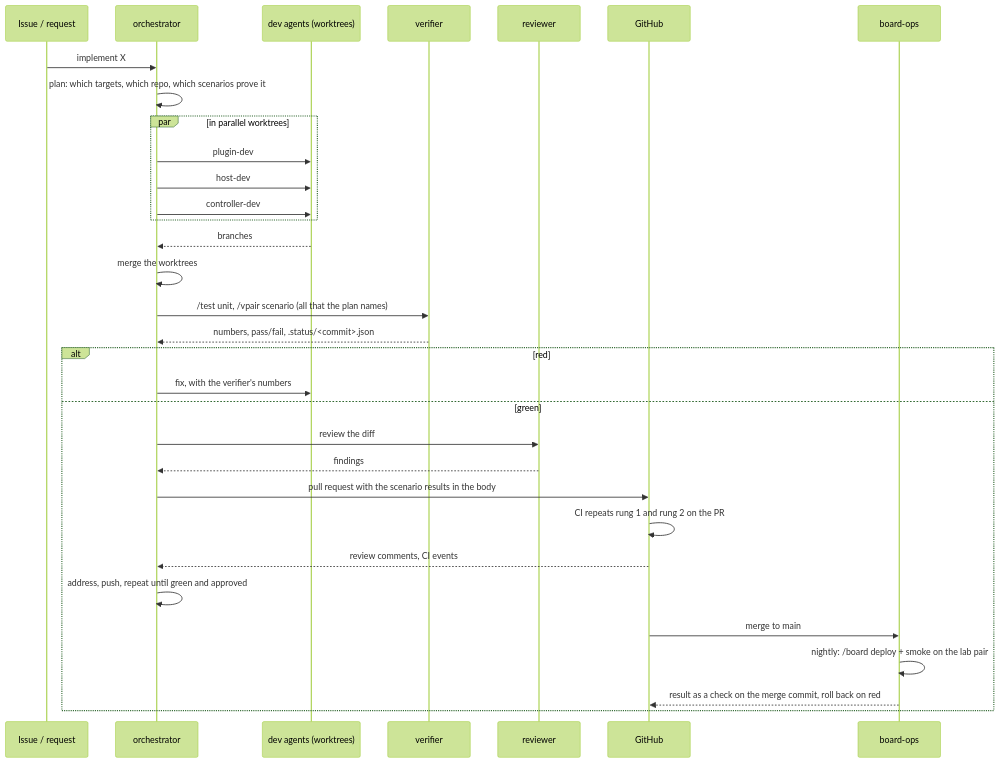
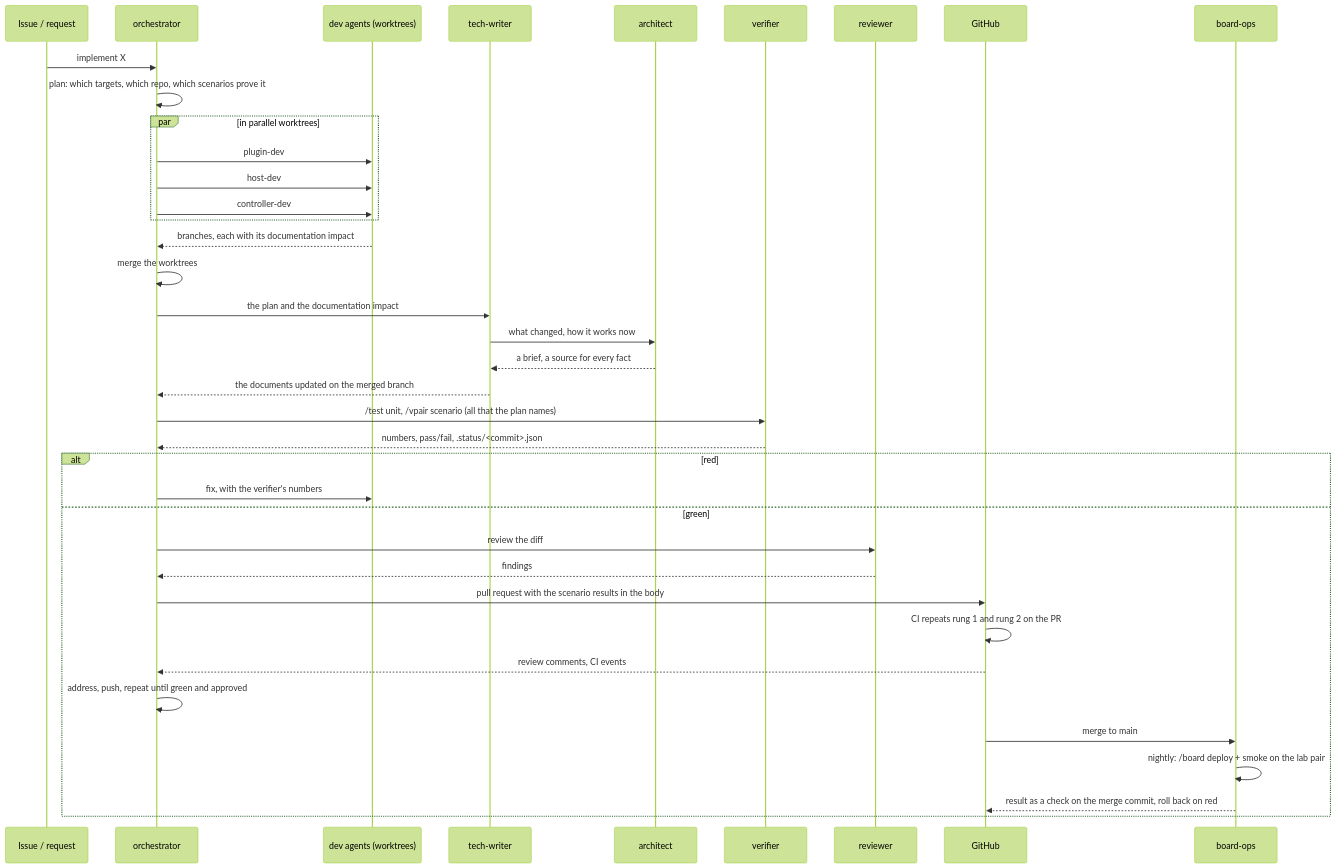
One commit to AMuszkat/bpi_amp_platform changed the sixth of 6 diagrams in docs/autonomous-development.md. Above: the diagram before and after it, drawn with Mermaid (forest theme). The commit also changed other lines of this file and 10 other files, not shown here.

First line of the commit message:
agents: an architect and a tech-writer; the documentation goes through the writer

````diff
--- a/docs/autonomous-development.md
+++ b/docs/autonomous-development.md
@@ -398,34 +416,40 @@
 ```mermaid
 sequenceDiagram
     participant I as Issue / request
     participant O as orchestrator
     participant D as dev agents (worktrees)
+    participant W as tech-writer
+    participant A as architect
     participant V as verifier
     participant R as reviewer
     participant G as GitHub
     participant B as board-ops
     I->>O: implement X
     O->>O: plan: which targets, which repo, which scenarios prove it
     par in parallel worktrees
         O->>D: plugin-dev
         O->>D: host-dev
         O->>D: controller-dev
     end
-    D-->>O: branches
+    D-->>O: branches, each with its documentation impact
     O->>O: merge the worktrees
+    O->>W: the plan and the documentation impact
+    W->>A: what changed, how it works now
+    A-->>W: a brief, a source for every fact
+    W-->>O: the documents updated on the merged branch
     O->>V: /test unit, /vpair scenario (all that the plan names)
     V-->>O: numbers, pass/fail, .status/<commit>.json
     alt red
         O->>D: fix, with the verifier's numbers
     else green
         O->>R: review the diff
         R-->>O: findings
         O->>G: pull request with the scenario results in the body
         G->>G: CI repeats rung 1 and rung 2 on the PR
         G-->>O: review comments, CI events
         O->>O: address, push, repeat until green and approved
         G->>B: merge to main
         B->>B: nightly: /board deploy + smoke on the lab pair
         B-->>G: result as a check on the merge commit, roll back on red
     end
 ```
````
